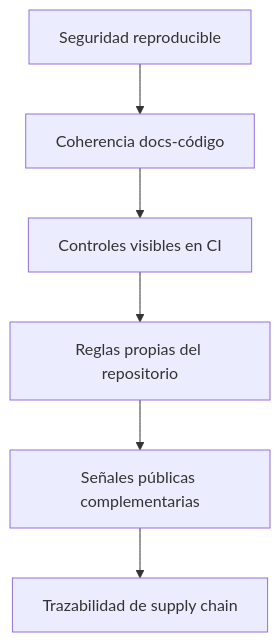
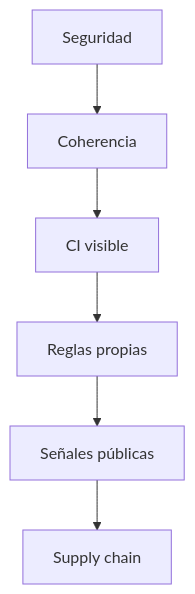
Before and after one commit to vladimiracunadev-create/mcp-ollama-local: the first of 2 diagrams in docs/security-trust-profile.md, drawn with Mermaid. The commit also changed other lines of this file and 1 other file, not shown here.

Commit message:
docs: simplify mermaid labels for readability

````diff
--- a/docs/security-trust-profile.md
+++ b/docs/security-trust-profile.md
@@ -16,8 +16,8 @@
 ```mermaid
 flowchart TD
-    A["Seguridad reproducible"] --> B["Coherencia docs-código"]
-    B --> C["Controles visibles en CI"]
-    C --> D["Reglas propias del repositorio"]
-    D --> E["Señales públicas complementarias"]
-    E --> F["Trazabilidad de supply chain"]
+    A["Seguridad"] --> B["Coherencia"]
+    B --> C["CI visible"]
+    C --> D["Reglas propias"]
+    D --> E["Señales públicas"]
+    E --> F["Supply chain"]
 ```
````
